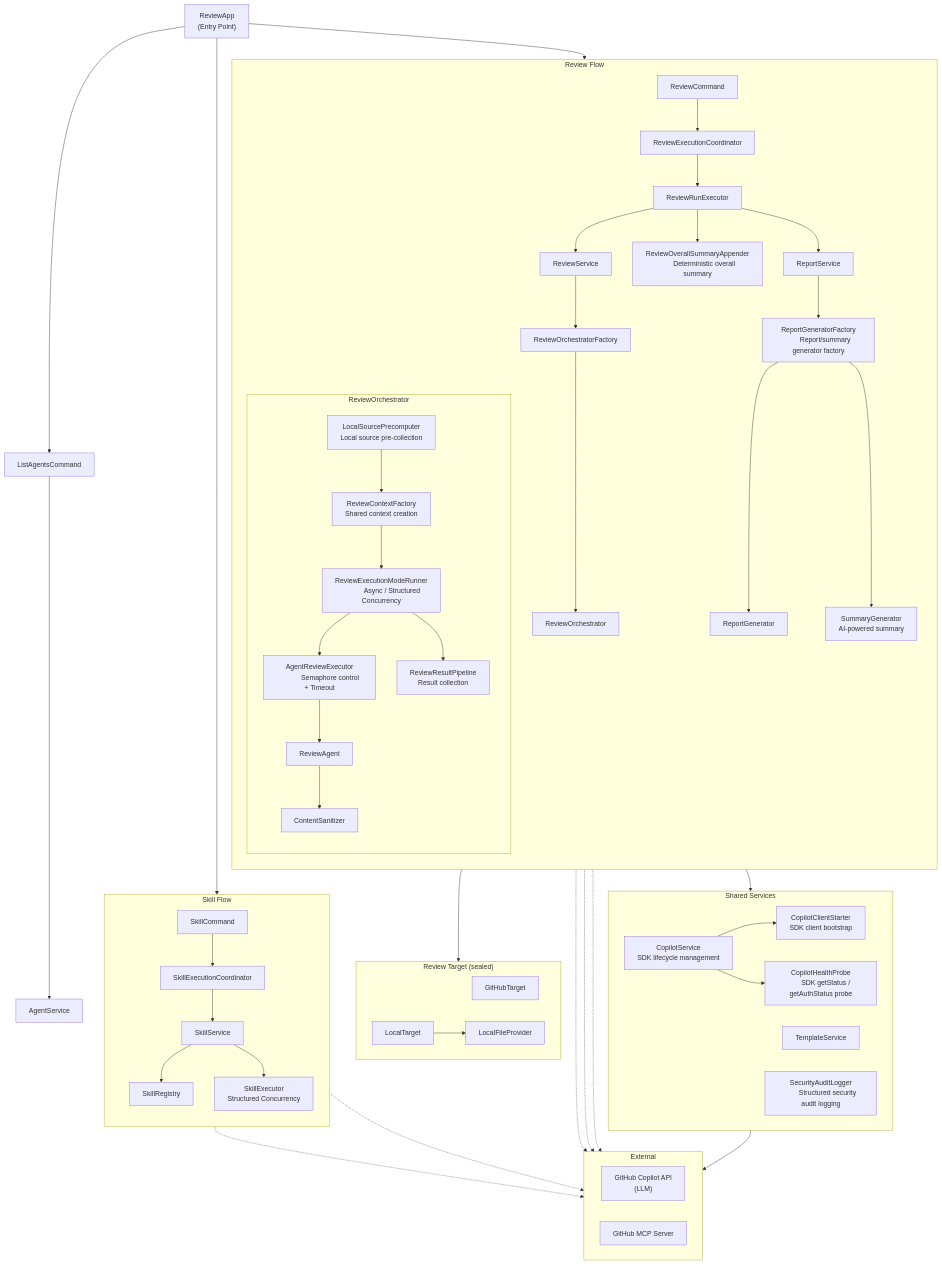
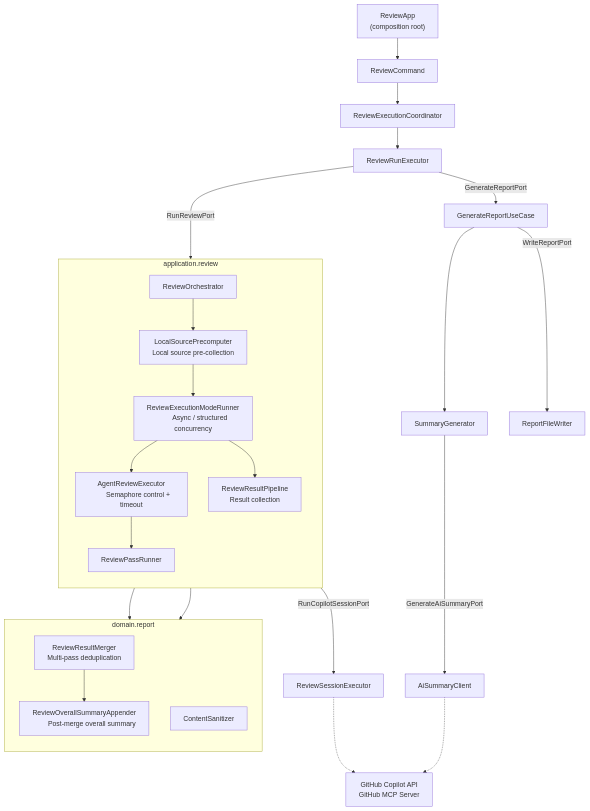
The second of 2 diagrams in README_en.md (anishi1222/multi-agent-code-reviewer), drawn with Mermaid before and after one commit. The commit also changed other lines of this file and 756 other files, not shown here.

First line of the commit message:
Rebuild into a layered Ports and Adapters architecture with enforced boundaries (#245)

````diff
--- a/README_en.md
+++ b/README_en.md
@@ -793,104 +886,45 @@
 ```mermaid
 flowchart TB
-    %% ── CLI ──
     ReviewApp["ReviewApp
-    (Entry Point)"]
-    ReviewApp --> ReviewCommand
-    ReviewApp --> ListAgentsCommand
-    ReviewApp --> SkillCommand
+    (composition root)"] --> ReviewCommand
+    ReviewCommand --> ReviewExecutionCoordinator
+    ReviewExecutionCoordinator --> ReviewRunExecutor
 
-    %% ── Review flow ──
-    subgraph ReviewFlow["Review Flow"]
+    ReviewRunExecutor -->|RunReviewPort| ReviewOrchestrator
+
+    subgraph APP["application.review"]
         direction TB
-        ReviewCommand --> ReviewExecutionCoordinator
-        ReviewExecutionCoordinator --> ReviewRunExecutor
-
-        ReviewRunExecutor --> ReviewService
-        ReviewService --> ReviewOrchestratorFactory
-        ReviewOrchestratorFactory --> ReviewOrchestrator
-
-        subgraph Orchestrator["ReviewOrchestrator"]
-            direction TB
-            LocalSourcePrecomputer["LocalSourcePrecomputer
-            Local source pre-collection"]
-            ReviewContextFactory["ReviewContextFactory
-            Shared context creation"]
-            ReviewExecutionModeRunner["ReviewExecutionModeRunner
-            Async / Structured Concurrency"]
-            AgentReviewExecutor["AgentReviewExecutor
-            Semaphore control + Timeout"]
-            ReviewResultPipeline["ReviewResultPipeline
-            Result collection"]
-
-            LocalSourcePrecomputer --> ReviewContextFactory
-            ReviewContextFactory --> ReviewExecutionModeRunner
-            ReviewExecutionModeRunner --> AgentReviewExecutor
-            AgentReviewExecutor --> ReviewAgent
-            ReviewAgent --> ContentSanitizer
-            ReviewExecutionModeRunner --> ReviewResultPipeline
-        end
-
-        ReviewRunExecutor --> ReviewOverallSummaryAppender["ReviewOverallSummaryAppender
-        Deterministic overall summary"]
-        ReviewRunExecutor --> ReportService
-        ReportService --> ReportGeneratorFactory["ReportGeneratorFactory
-        Report/summary generator factory"]
-        ReportGeneratorFactory --> ReportGenerator
-        ReportGeneratorFactory --> SummaryGenerator["SummaryGenerator
-        AI-powered summary"]
+        ReviewOrchestrator --> LocalSourcePrecomputer["LocalSourcePrecomputer
+        Local source pre-collection"]
+        LocalSourcePrecomputer --> ReviewExecutionModeRunner["ReviewExecutionModeRunner
+        Async / structured concurrency"]
+        ReviewExecutionModeRunner --> AgentReviewExecutor["AgentReviewExecutor
+        Semaphore control + timeout"]
+        AgentReviewExecutor --> ReviewPassRunner
+        ReviewExecutionModeRunner --> ReviewResultPipeline["ReviewResultPipeline
+        Result collection"]
     end
 
-    %% ── List flow ──
-    ListAgentsCommand --> AgentService
-
-    %% ── Skill flow ──
-    subgraph SkillFlow["Skill Flow"]
+    subgraph DOM["domain.report"]
         direction TB
-        SkillCommand --> SkillExecutionCoordinator
-        SkillExecutionCoordinator --> SkillService
-        SkillService --> SkillRegistry
-        SkillService --> SkillExecutor["SkillExecutor
-        Structured Concurrency"]
+        ReviewResultMerger["ReviewResultMerger
+        Multi-pass deduplication"]
+        ReviewOverallSummaryAppender["ReviewOverallSummaryAppender
+        Post-merge overall summary"]
+        ContentSanitizer
     end
 
-    %% ── Review Target ──
-    subgraph Target["Review Target (sealed)"]
-        direction LR
-        GitHubTarget
-        LocalTarget --> LocalFileProvider
-    end
-    ReviewService --> Target
+    ReviewPassRunner -->|RunCopilotSessionPort| ReviewSessionExecutor
+    ReviewPassRunner --> ContentSanitizer
+    ReviewResultPipeline --> ReviewResultMerger
+    ReviewResultMerger --> ReviewOverallSummaryAppender
 
-    %% ── Shared services ──
-    subgraph Shared["Shared Services"]
-        direction LR
-        CopilotService["CopilotService
-        SDK lifecycle management"]
-      CopilotClientStarter["CopilotClientStarter
-      SDK client bootstrap"]
-      CopilotHealthProbe["CopilotHealthProbe
-      SDK getStatus / getAuthStatus probe"]
-        TemplateService
-        SecurityAuditLogger["SecurityAuditLogger
-        Structured security audit logging"]
-    end
+    ReviewRunExecutor -->|GenerateReportPort| GenerateReportUseCase
+    GenerateReportUseCase --> SummaryGenerator
+    GenerateReportUseCase -->|WriteReportPort| ReportFileWriter
+    SummaryGenerator -->|GenerateAiSummaryPort| AiSummaryClient
 
-    ReviewExecutionCoordinator --> CopilotService
-    CopilotService --> CopilotClientStarter
-    CopilotService --> CopilotHealthProbe
-
-    %% ── External ──
-    subgraph External["External"]
-        direction LR
-        CopilotAPI["GitHub Copilot API
-        (LLM)"]
-        GitHubMCP["GitHub MCP Server"]
-    end
-
-    CopilotService --> CopilotAPI
-    ReviewAgent -.-> CopilotAPI
-    ReviewAgent -.-> GitHubMCP
-    SkillExecutor -.-> CopilotAPI
-    SkillExecutor -.-> GitHubMCP
-    SummaryGenerator -.-> CopilotAPI
+    ReviewSessionExecutor -.-> Ext["GitHub Copilot API
+    GitHub MCP Server"]
+    AiSummaryClient -.-> Ext
 ```
````
